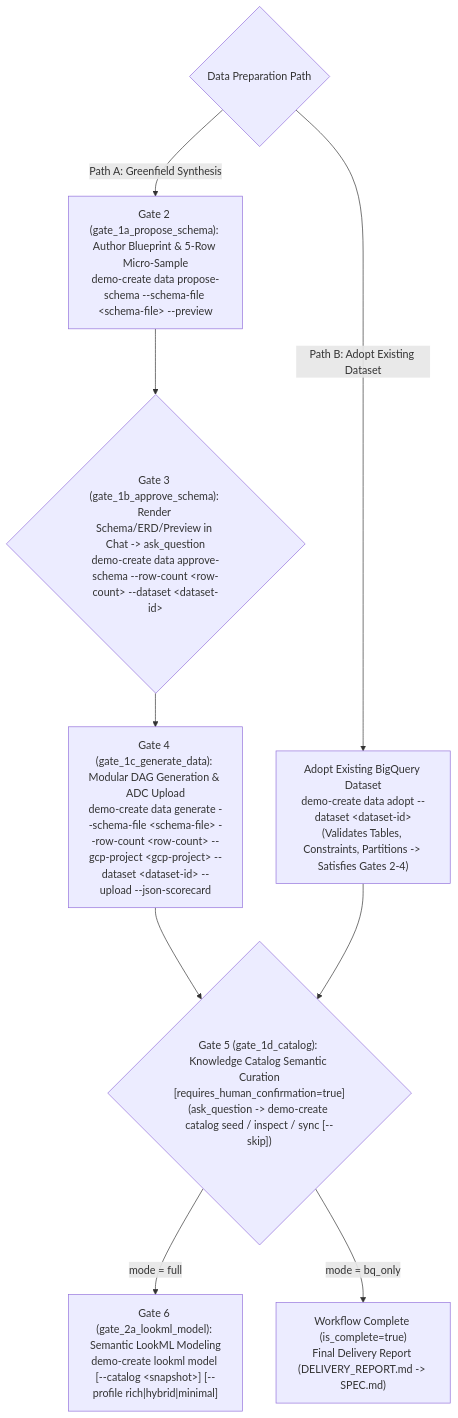
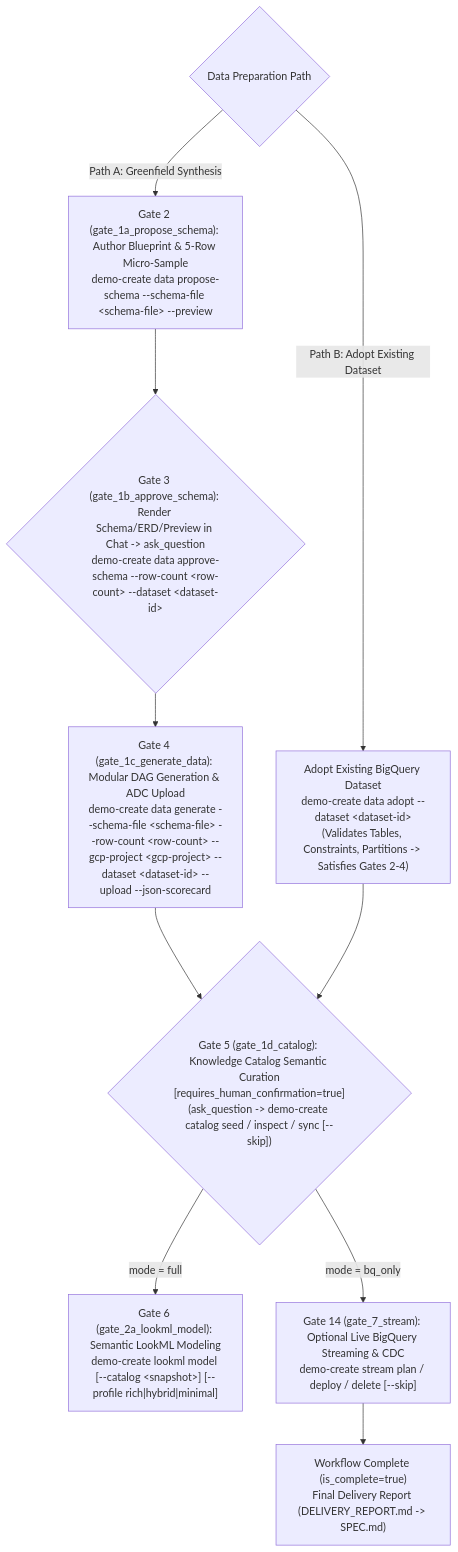
One commit to lkrdev/looker-demo-cli changed the second of 4 diagrams in skills/looker-demo-orchestrator/SKILL.md. Above: the diagram before and after it, drawn with Mermaid. The commit also changed other lines of this file and 8 other files, not shown here.

First line of the commit message:
docs(skills): add Gate 14 streaming subagent specs and update orchestrator & docs

````diff
--- a/skills/looker-demo-orchestrator/SKILL.md
+++ b/skills/looker-demo-orchestrator/SKILL.md
@@ -229,11 +238,12 @@
 ```mermaid
 graph TD
     DataChoice{Data Preparation Path} -->|Path A: Greenfield Synthesis| A["Gate 2 (gate_1a_propose_schema): Author Blueprint & 5-Row Micro-Sample<br/>demo-create data propose-schema --schema-file &lt;schema-file&gt; --preview"]
     A --> B{"Gate 3 (gate_1b_approve_schema): Render Schema/ERD/Preview in Chat -> ask_question<br/>demo-create data approve-schema --row-count &lt;row-count&gt; --dataset &lt;dataset-id&gt;"}
     B --> C["Gate 4 (gate_1c_generate_data): Modular DAG Generation & ADC Upload<br/>demo-create data generate --schema-file &lt;schema-file&gt; --row-count &lt;row-count&gt; --gcp-project &lt;gcp-project&gt; --dataset &lt;dataset-id&gt; --upload --json-scorecard"]
     DataChoice -->|Path B: Adopt Existing Dataset| D["Adopt Existing BigQuery Dataset<br/>demo-create data adopt --dataset &lt;dataset-id&gt;<br/>(Validates Tables, Constraints, Partitions -> Satisfies Gates 2-4)"]
     C --> Gate5{"Gate 5 (gate_1d_catalog): Knowledge Catalog Semantic Curation<br/>[requires_human_confirmation=true]<br/>(ask_question -> demo-create catalog seed / inspect / sync [--skip])"}
     D --> Gate5
     Gate5 -->|mode = full| F["Gate 6 (gate_2a_lookml_model): Semantic LookML Modeling<br/>demo-create lookml model [--catalog &lt;snapshot&gt;] [--profile rich|hybrid|minimal]"]
-    Gate5 -->|mode = bq_only| BQComplete["Workflow Complete (is_complete=true)<br/>Final Delivery Report (DELIVERY_REPORT.md -> SPEC.md)"]
+    Gate5 -->|mode = bq_only| G["Gate 14 (gate_7_stream): Optional Live BigQuery Streaming & CDC<br/>demo-create stream plan / deploy / delete [--skip]"]
+    G --> BQComplete["Workflow Complete (is_complete=true)<br/>Final Delivery Report (DELIVERY_REPORT.md -> SPEC.md)"]
 ```
````
